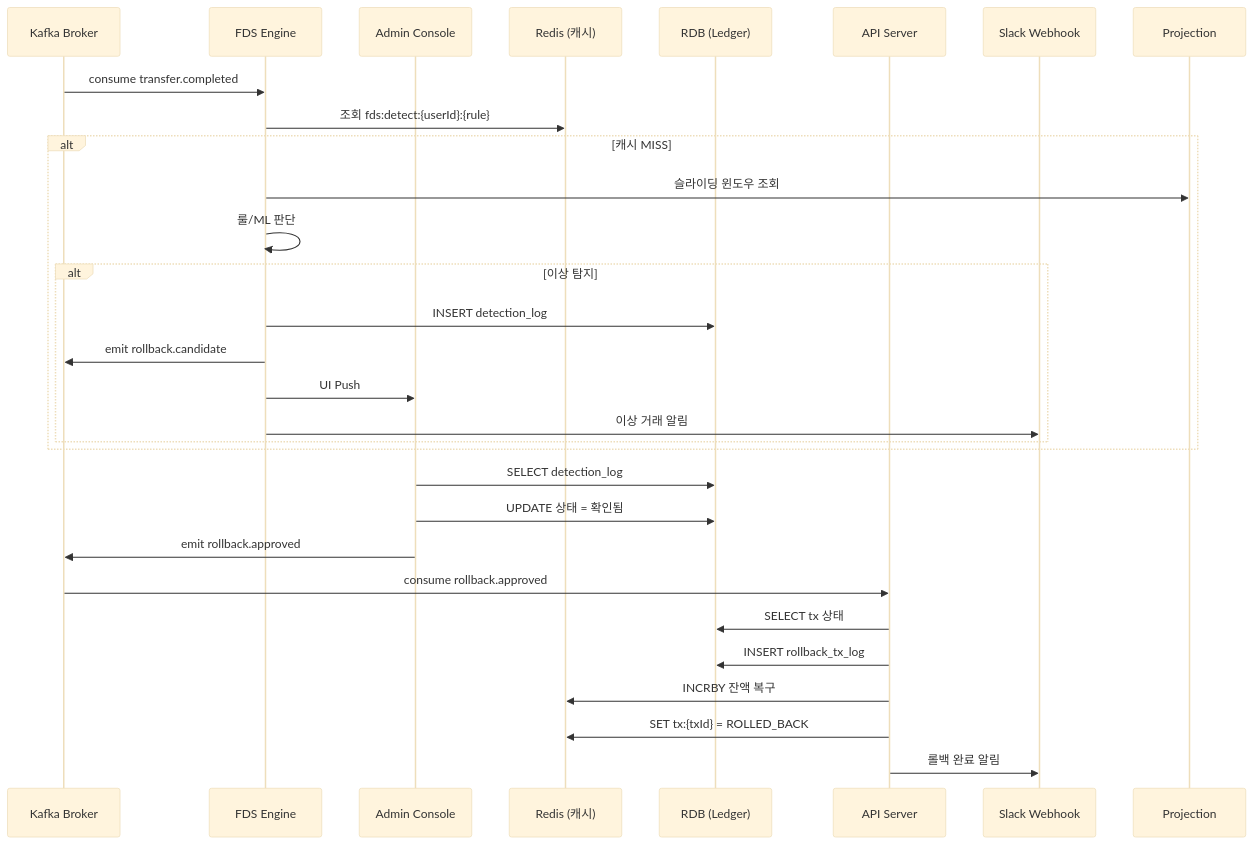
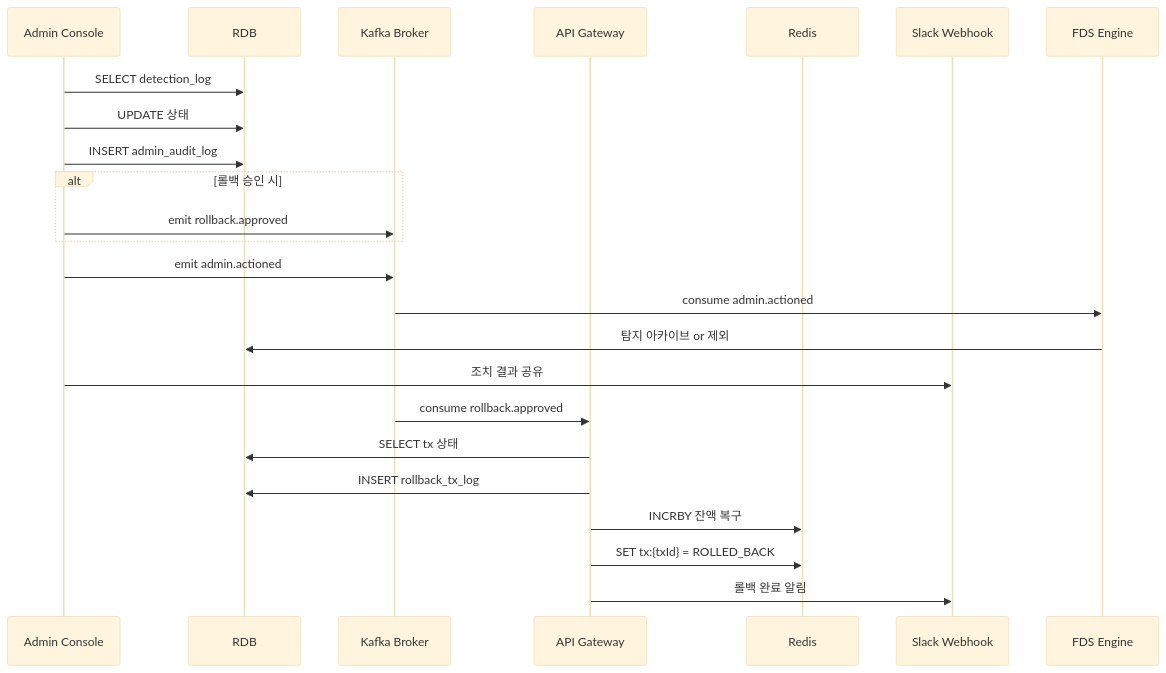
The fifth of 7 diagrams in GUIDE.md (hyungkishin/FDS-System), drawn with Mermaid (base theme) before and after one commit. The commit also changed other lines of this file, not shown here.

Commit message:
refactor: 시퀀스 다이어그램 단계별 분리

````diff
--- a/GUIDE.md
+++ b/GUIDE.md
@@ -117,34 +138,28 @@
 ```mermaid
 sequenceDiagram
+    participant Admin as Admin Console
+    participant RDB as RDB
     participant Kafka as Kafka Broker
+    participant API as API Gateway
+    participant Redis as Redis
+    participant Slack as Slack Webhook
     participant FDS as FDS Engine
-    participant Admin as Admin Console
-    participant Redis as Redis (캐시)
-    participant RDB as RDB (Ledger)
-    participant API as API Server
-    participant Slack as Slack Webhook
-
-    Kafka->>FDS: consume transfer.completed
-    FDS->>Redis: 조회 fds:detect:{userId}:{rule}
-    alt 캐시 MISS
-        FDS->>Projection: 슬라이딩 윈도우 조회
-        FDS->>FDS: 룰/ML 판단
-        alt 이상 탐지
-            FDS->>RDB: INSERT detection_log
-            FDS->>Kafka: emit rollback.candidate
-            FDS->>Admin: UI Push
-            FDS->>Slack: 이상 거래 알림
-        end
-    end
 
     Admin->>RDB: SELECT detection_log
-    Admin->>RDB: UPDATE 상태 = 확인됨
-    Admin->>Kafka: emit rollback.approved
+    Admin->>RDB: UPDATE 상태
+    Admin->>RDB: INSERT admin_audit_log
+    alt 롤백 승인 시
+        Admin->>Kafka: emit rollback.approved
+    end
+    Admin->>Kafka: emit admin.actioned
+    Kafka->>FDS: consume admin.actioned
+    FDS->>RDB: 탐지 아카이브 or 제외
+    Admin->>Slack: 조치 결과 공유
 
     Kafka->>API: consume rollback.approved
     API->>RDB: SELECT tx 상태
     API->>RDB: INSERT rollback_tx_log
     API->>Redis: INCRBY 잔액 복구
     API->>Redis: SET tx:{txId} = ROLLED_BACK
     API->>Slack: 롤백 완료 알림
 ```
````
